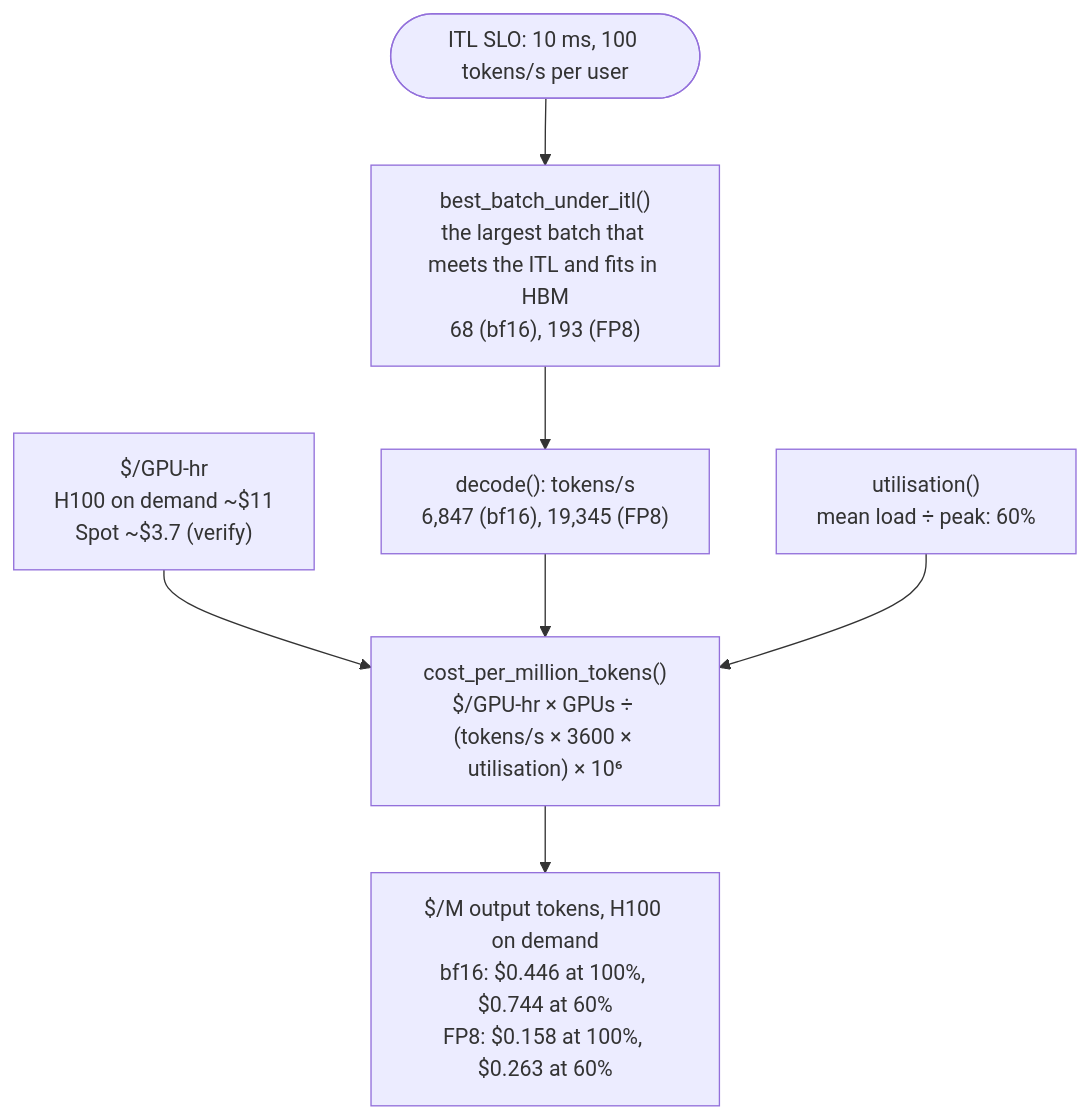
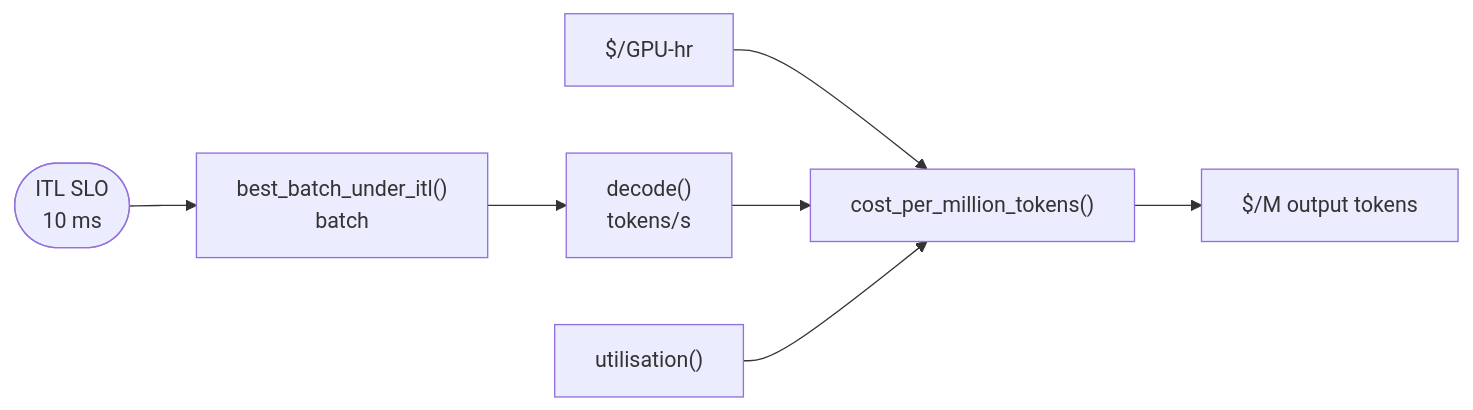
The diagram in 01-hardware-gpu-fabric/roofline-and-fabric/PRIMER.md (aniryou/full-stack-agentic-engineer), drawn with Mermaid before and after one commit. The commit also changed 8 other files, not shown here.

````diff
--- a/01-hardware-gpu-fabric/roofline-and-fabric/PRIMER.md
+++ b/01-hardware-gpu-fabric/roofline-and-fabric/PRIMER.md
@@ -789,9 +789,9 @@
 ```mermaid
-flowchart TB
-  SLO(["ITL SLO: 10 ms, 100 tokens/s per user"]) --> B["best_batch_under_itl()<br/>the largest batch that meets the ITL and fits in HBM<br/>68 (bf16), 193 (FP8)"]
-  B --> T["decode(): tokens/s<br/>6,847 (bf16), 19,345 (FP8)"]
-  P["$/GPU-hr<br/>H100 on demand ~$11<br/>Spot ~$3.7 (verify)"] --> C
-  T --> C["cost_per_million_tokens()<br/>$/GPU-hr × GPUs ÷ (tokens/s × 3600 × utilisation) × 10⁶"]
-  U["utilisation()<br/>mean load ÷ peak: 60%"] --> C
-  C --> R["$/M output tokens, H100 on demand<br/>bf16: $0.446 at 100%, $0.744 at 60%<br/>FP8: $0.158 at 100%, $0.263 at 60%"]
+flowchart LR
+  SLO(["ITL SLO<br/>10 ms"]) --> B["best_batch_under_itl()<br/>batch"]
+  B --> T["decode()<br/>tokens/s"]
+  P["$/GPU-hr"] --> C
+  T --> C["cost_per_million_tokens()"]
+  U["utilisation()"] --> C
+  C --> R["$/M output tokens"]
 ```
````
